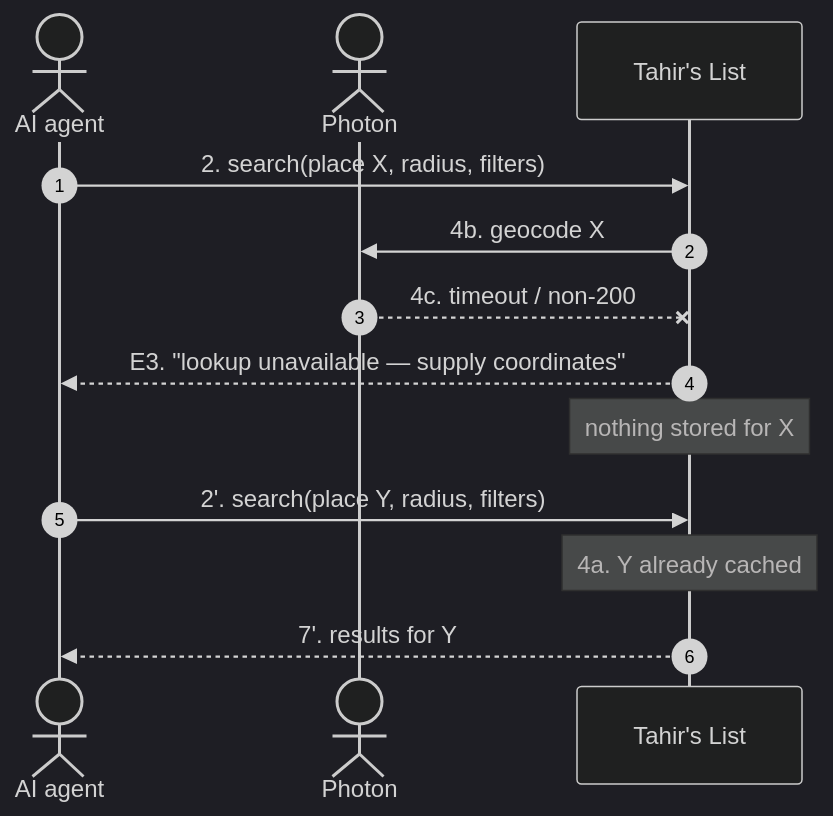
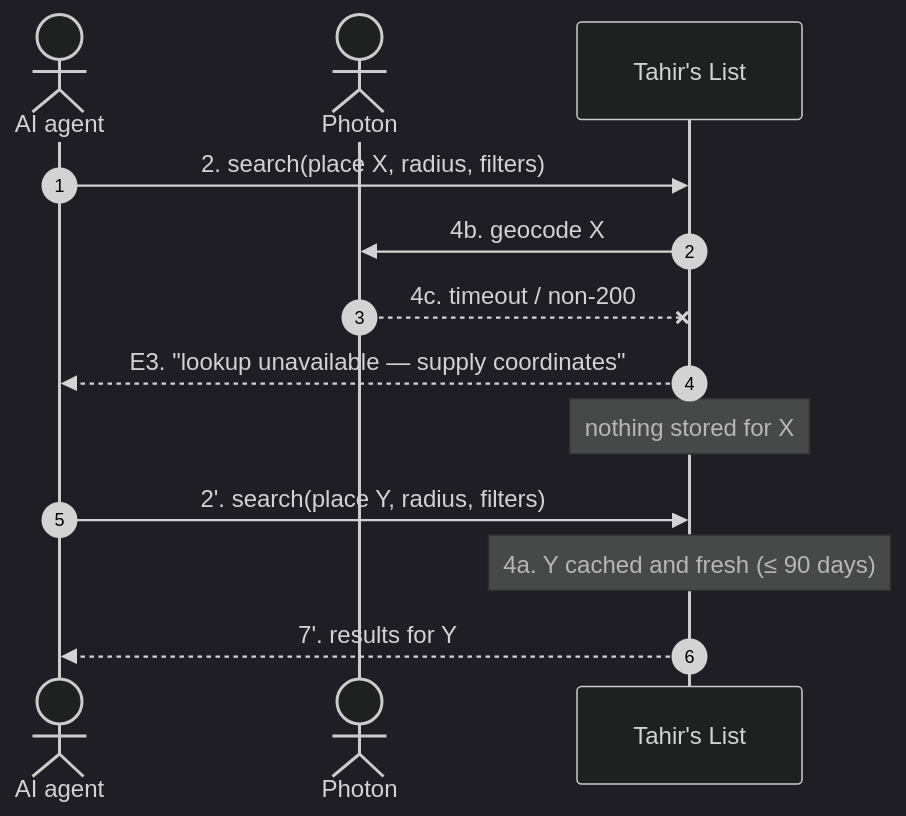
One commit to Losers-Lab/tahirs-list changed the fourth of 4 diagrams in docs/features/SC-198/04-blackbox/UC-01-search-restaurants.md. Above: the diagram before and after it, drawn with Mermaid (dark theme). The commit also changed other lines of this file and 9 other files, not shown here.

````diff
--- a/docs/features/SC-198/04-blackbox/UC-01-search-restaurants.md
+++ b/docs/features/SC-198/04-blackbox/UC-01-search-restaurants.md
@@ -66,16 +66,16 @@
 ```mermaid
 sequenceDiagram
   autonumber
   actor AG as AI agent
   actor PH as Photon
   participant S as Tahir's List
 
   AG->>S: 2. search(place X, radius, filters)
   S->>PH: 4b. geocode X
   PH--xS: 4c. timeout / non-200
   S-->>AG: E3. "lookup unavailable — supply coordinates"
   Note over S: nothing stored for X
   AG->>S: 2'. search(place Y, radius, filters)
-  Note over S: 4a. Y already cached
+  Note over S: 4a. Y cached and fresh (≤ 90 days)
   S-->>AG: 7'. results for Y
 ```
````
